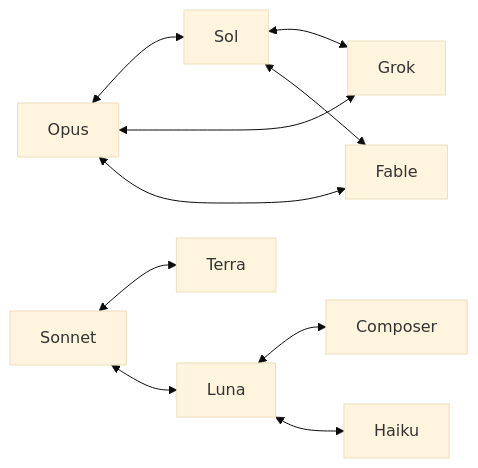
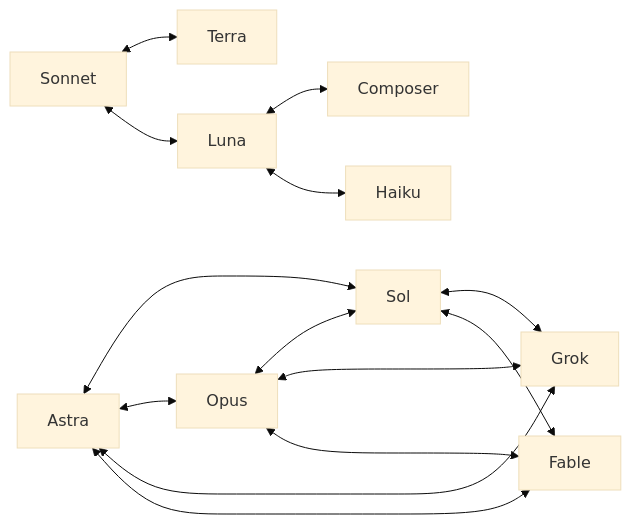
The diagram in README.md (Harshkamdar67/Airlock), drawn with Mermaid (base theme) before and after one commit. The commit also changed other lines of this file and 165 other files, not shown here.

````diff
--- a/README.md
+++ b/README.md
@@ -176,7 +180,8 @@
 ```mermaid
 flowchart LR
+  Astra <--> Sol & Opus & Grok & Fable
   Opus <--> Sol & Grok & Fable
   Sol <--> Grok & Fable
   Sonnet <--> Terra & Luna
   Luna <--> Composer & Haiku
 ```
````
